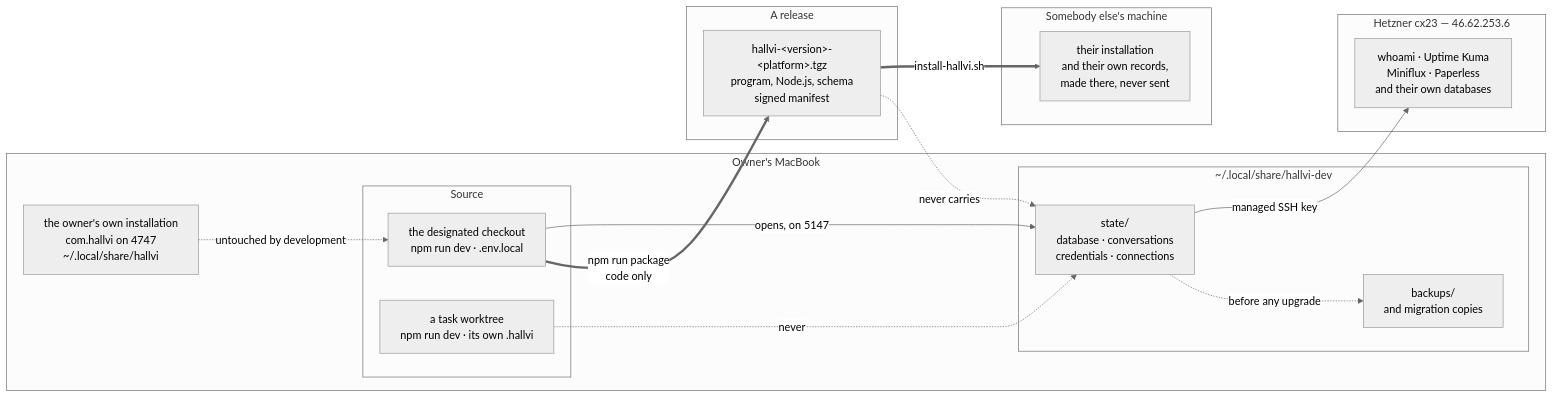
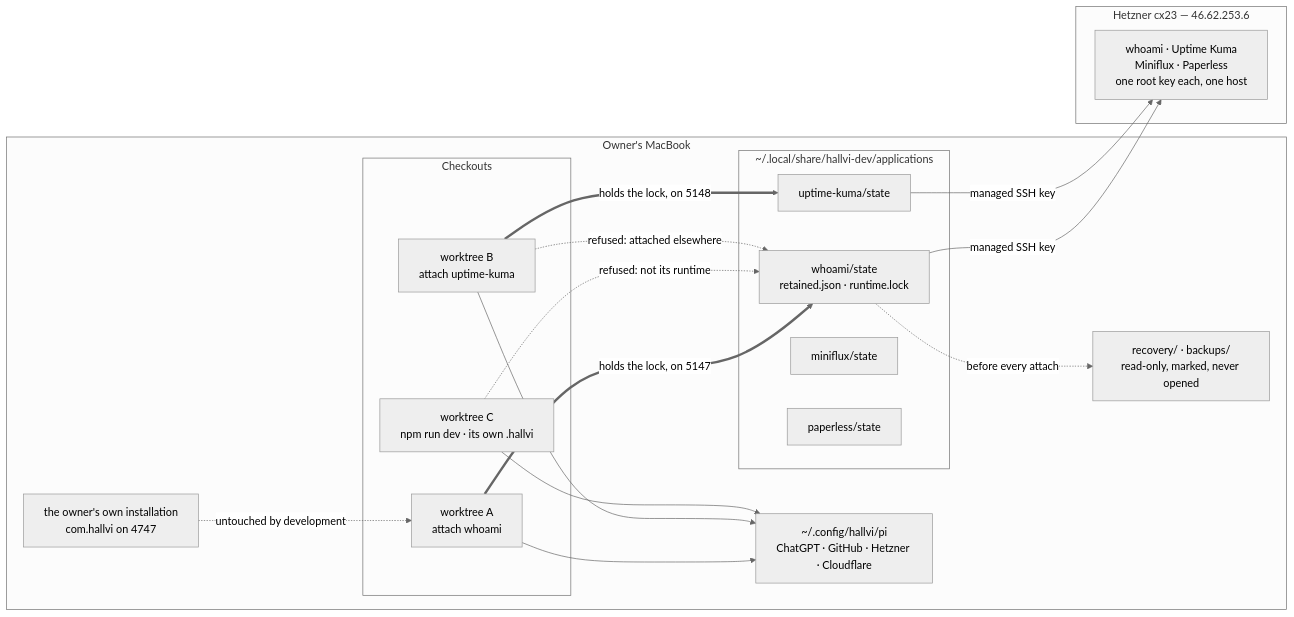
Before and after one commit to lustoykov/hallvi: the diagram in docs/architecture/development-environment.md, drawn with Mermaid (neutral theme). The commit also changed other lines of this file and 8 other files, not shown here.

Commit message:
Four retained applications, one owner each: documentation, diagram and evidence

````diff
--- a/docs/architecture/development-environment.md
+++ b/docs/architecture/development-environment.md
@@ -9,32 +10,34 @@
 ```mermaid
 flowchart LR
     subgraph mac["Owner's MacBook"]
-        subgraph src["Source"]
-            designated["the designated checkout<br/>npm run dev · .env.local"]
-            worktree["a task worktree<br/>npm run dev · its own .hallvi"]
+        subgraph src["Checkouts"]
+            a["worktree A<br/>attach whoami"]
+            b["worktree B<br/>attach uptime-kuma"]
+            c["worktree C<br/>npm run dev · its own .hallvi"]
         end
-        subgraph kept["~/.local/share/hallvi-dev"]
-            state["state/<br/>database · conversations<br/>credentials · connections"]
-            backups["backups/<br/>and migration copies"]
+        subgraph kept["~/.local/share/hallvi-dev/applications"]
+            whoami["whoami/state<br/>retained.json · runtime.lock"]
+            kuma["uptime-kuma/state"]
+            mini["miniflux/state"]
+            paper["paperless/state"]
         end
-        installed["the owner's own installation<br/>com.hallvi on 4747<br/>~/.local/share/hallvi"]
+        account["~/.config/hallvi/pi<br/>ChatGPT · GitHub · Hetzner · Cloudflare"]
+        recovery["recovery/ · backups/<br/>read-only, marked, never opened"]
+        installed["the owner's own installation<br/>com.hallvi on 4747"]
     end
     subgraph host["Hetzner cx23 — 46.62.253.6"]
-        apps["whoami · Uptime Kuma<br/>Miniflux · Paperless<br/>and their own databases"]
-    end
-    subgraph release["A release"]
-        archive["hallvi-&lt;version&gt;-&lt;platform&gt;.tgz<br/>program, Node.js, schema<br/>signed manifest"]
-    end
-    subgraph user["Somebody else's machine"]
-        theirs["their installation<br/>and their own records,<br/>made there, never sent"]
+        apps["whoami · Uptime Kuma<br/>Miniflux · Paperless<br/>one root key each, one host"]
     end
 
-    designated -->|"opens, on 5147"| state
-    worktree -.->|"never"| state
-    state -->|"managed SSH key"| apps
-    state -.->|"before any upgrade"| backups
-    designated ==>|"npm run package<br/>code only"| archive
-    archive ==>|"install-hallvi.sh"| theirs
-    archive -.->|"never carries"| state
-    installed -.->|"untouched by development"| designated
+    a ==>|"holds the lock, on 5147"| whoami
+    b ==>|"holds the lock, on 5148"| kuma
+    c -.->|"refused: not its runtime"| whoami
+    b -.->|"refused: attached elsewhere"| whoami
+    a --> account
+    b --> account
+    c --> account
+    whoami -->|"managed SSH key"| apps
+    kuma -->|"managed SSH key"| apps
+    whoami -.->|"before every attach"| recovery
+    installed -.->|"untouched by development"| a
 ```
````
